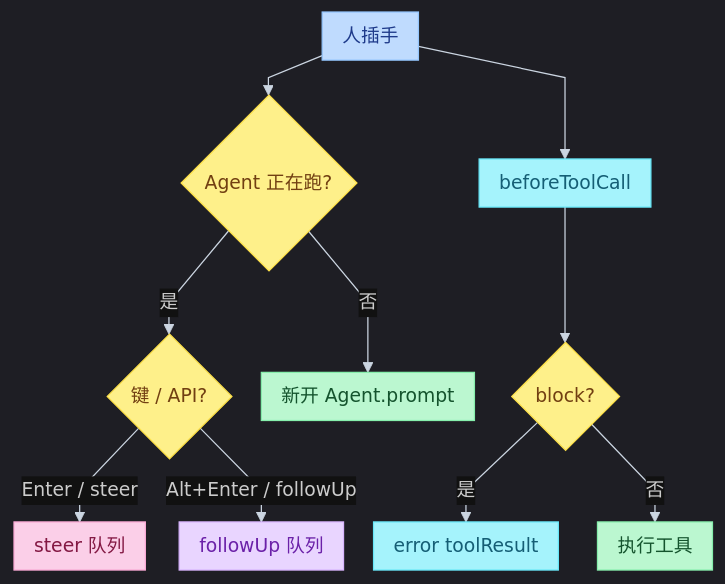
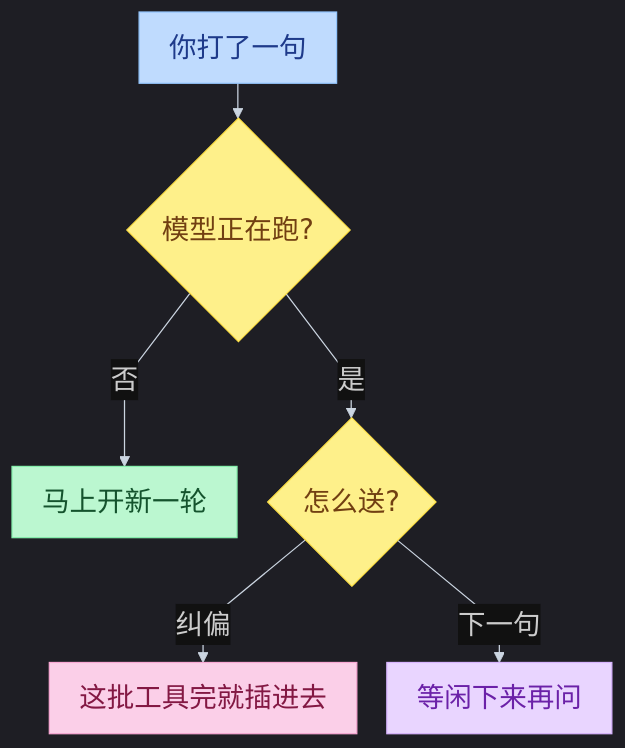
Before and after one commit to juliepy/AI-Engineer-from-scrach: the first of 2 diagrams in 13-pi-agent/06-HITL.md, drawn with Mermaid. The commit also changed other lines of this file and 4 other files, not shown here.

Commit message:
Rewrite Pi sessions through Interactive notes around source call traces and three-layer diagrams.

````diff
--- a/13-pi-agent/06-HITL.md
+++ b/13-pi-agent/06-HITL.md
@@ -45,27 +92,21 @@
 ```mermaid
-%%{init: {"theme": "dark", "flowchart": {"curve": "linear", "rankSpacing": 28, "nodeSpacing": 24, "padding": 8}, "themeVariables": {"fontSize": "15px", "background": "#000000", "lineColor": "#CBD5E1", "edgeLabelBackground": "#111111"}}}%%
+%%{init: {"theme": "dark", "flowchart": {"curve": "linear", "rankSpacing": 28, "nodeSpacing": 24, "padding": 12, "useMaxWidth": false, "htmlLabels": true}, "themeVariables": {"fontSize": "22px", "background": "#000000", "lineColor": "#CBD5E1", "edgeLabelBackground": "#111111"}, "themeCSS": ".nodeLabel,.label,span{font-size:22px!important}"}}%%
 flowchart TB
-    U["人插手"] --> W{"Agent 正在跑?"}
-    W -->|是| K{"键 / API?"}
-    K -->|Enter / steer| S["steer 队列"]
-    K -->|Alt+Enter / followUp| F["followUp 队列"]
-    W -->|否| P["新开 Agent.prompt"]
-    U --> T["beforeToolCall"]
-    T --> B{"block?"}
-    B -->|是| E["error toolResult"]
-    B -->|否| X["执行工具"]
+    IN["你打了一句"] --> BUSY{"模型正在跑?"}
+    BUSY -->|否| P["马上开新一轮"]
+    BUSY -->|是| KEY{"怎么送?"}
+    KEY -->|纠偏| S["这批工具完就插进去"]
+    KEY -->|下一句| F["等闲下来再问"]
 
-    classDef a fill:#BFDBFE,stroke:#93C5FD,color:#1E3A8A
-    classDef d fill:#FEF08A,stroke:#FDE047,color:#713F12
-    classDef s fill:#FBCFE8,stroke:#F9A8D4,color:#831843
-    classDef f fill:#E9D5FF,stroke:#D8B4FE,color:#6B21A8
-    classDef ok fill:#BBF7D0,stroke:#86EFAC,color:#14532D
-    classDef bad fill:#A5F3FC,stroke:#67E8F9,color:#155E75
+    classDef start fill:#BFDBFE,stroke:#93C5FD,color:#1E3A8A,font-size:22px
+    classDef dec fill:#FEF08A,stroke:#FDE047,color:#713F12,font-size:22px
+    classDef ok fill:#BBF7D0,stroke:#86EFAC,color:#14532D,font-size:22px
+    classDef bad fill:#FBCFE8,stroke:#F9A8D4,color:#831843,font-size:22px
+    classDef prod fill:#E9D5FF,stroke:#D8B4FE,color:#6B21A8,font-size:22px
 
-    class U a
-    class W,K,B d
-    class S s
-    class F f
-    class P,X ok
-    class T,E bad
+    class IN start
+    class BUSY,KEY dec
+    class P ok
+    class S bad
+    class F prod
 ```
````
